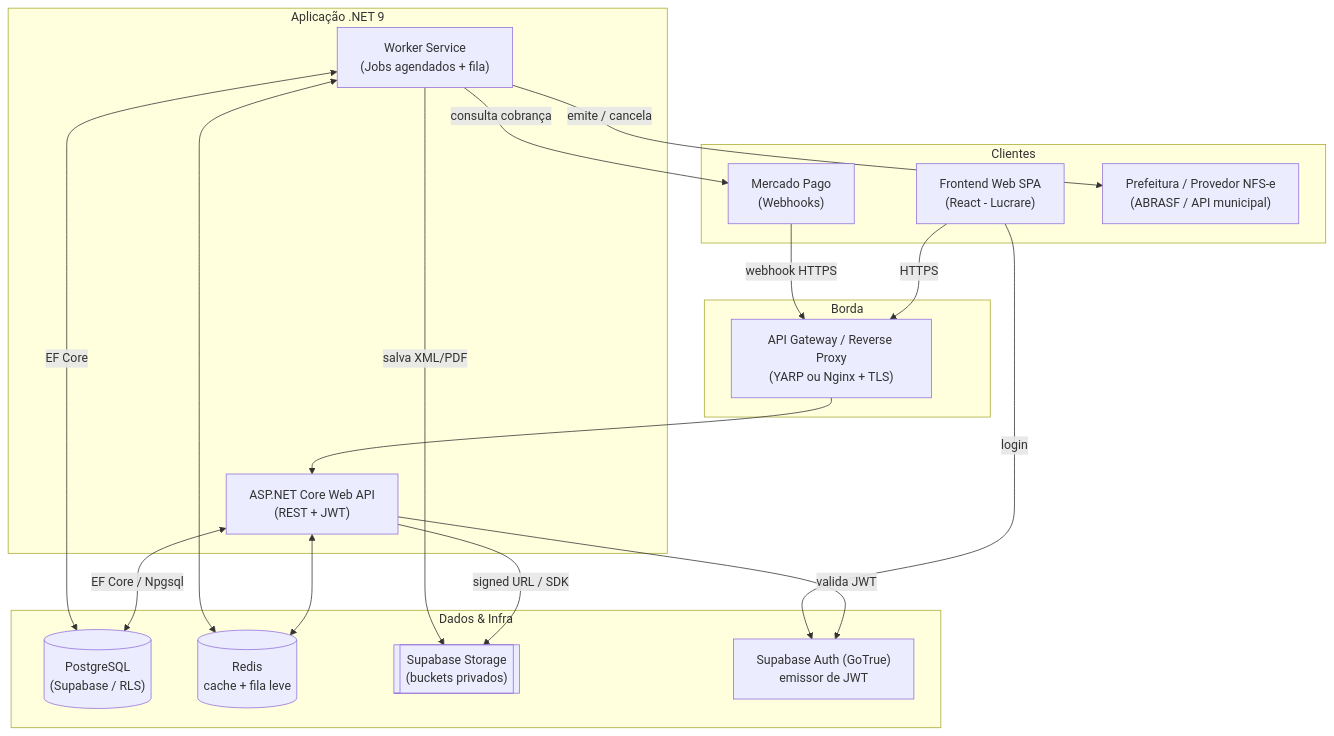
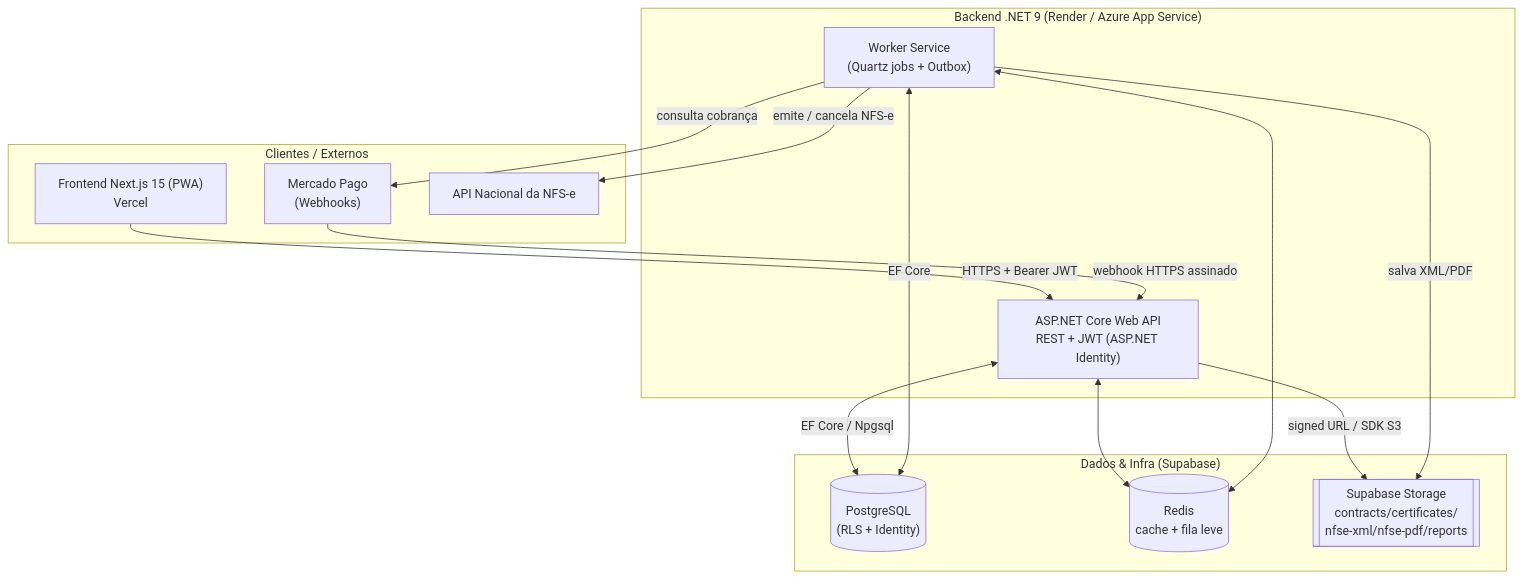
Before and after one commit to tthimoteo/app-aluguel: the first of 6 diagrams in Docs/Arquitetura/01-Arquitetura-da-Solucao.md, drawn with Mermaid. The commit also changed other lines of this file and 12 other files, not shown here.

````diff
--- a/Docs/Arquitetura/01-Arquitetura-da-Solucao.md
+++ b/Docs/Arquitetura/01-Arquitetura-da-Solucao.md
@@ -21,37 +35,30 @@
 ```mermaid
 flowchart TD
-    subgraph Client["Clientes"]
-      WEB["Frontend Web SPA<br/>(React - Lucrare)"]
+    subgraph Client["Clientes / Externos"]
+      WEB["Frontend Next.js 15 (PWA)<br/>Vercel"]
       MP["Mercado Pago<br/>(Webhooks)"]
-      PREF["Prefeitura / Provedor NFS-e<br/>(ABRASF / API municipal)"]
+      NFSE["API Nacional da NFS-e"]
     end
 
-    subgraph Edge["Borda"]
-      GW["API Gateway / Reverse Proxy<br/>(YARP ou Nginx + TLS)"]
+    subgraph App["Backend .NET 9 (Render / Azure App Service)"]
+      API["ASP.NET Core Web API<br/>REST + JWT (ASP.NET Identity)"]
+      WORKER["Worker Service<br/>(Quartz jobs + Outbox)"]
     end
 
-    subgraph App["Aplicação .NET 9"]
-      API["ASP.NET Core Web API<br/>(REST + JWT)"]
-      WORKER["Worker Service<br/>(Jobs agendados + fila)"]
+    subgraph Data["Dados & Infra (Supabase)"]
+      PG[("PostgreSQL<br/>(RLS + Identity)")]
+      REDIS[("Redis<br/>cache + fila leve")]
+      STORAGE[["Supabase Storage<br/>contracts/certificates/<br/>nfse-xml/nfse-pdf/reports"]]
     end
 
-    subgraph Data["Dados & Infra"]
-      PG[("PostgreSQL<br/>(Supabase / RLS)")]
-      REDIS[("Redis<br/>cache + fila leve")]
-      STORAGE[["Supabase Storage<br/>(buckets privados)"]]
-      AUTH["Supabase Auth (GoTrue)<br/>emissor de JWT"]
-    end
-
-    WEB -->|HTTPS| GW --> API
-    MP -->|webhook HTTPS| GW
+    WEB -->|HTTPS + Bearer JWT| API
+    MP -->|webhook HTTPS assinado| API
     API <-->|EF Core / Npgsql| PG
     API <--> REDIS
-    API -->|signed URL / SDK| STORAGE
-    API -->|valida JWT| AUTH
-    WEB -->|login| AUTH
+    API -->|signed URL / SDK S3| STORAGE
     WORKER <-->|EF Core| PG
     WORKER <--> REDIS
-    WORKER -->|emite / cancela| PREF
+    WORKER -->|emite / cancela NFS-e| NFSE
     WORKER -->|consulta cobrança| MP
     WORKER -->|salva XML/PDF| STORAGE
 ```
````
